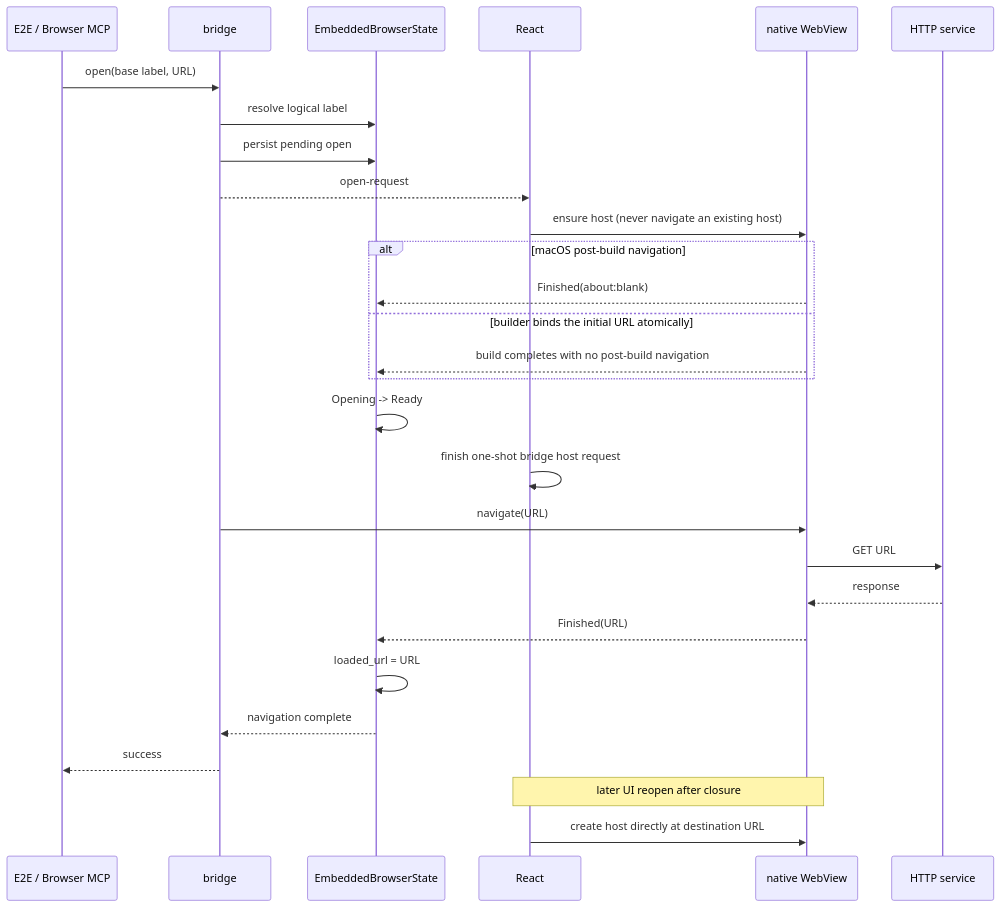
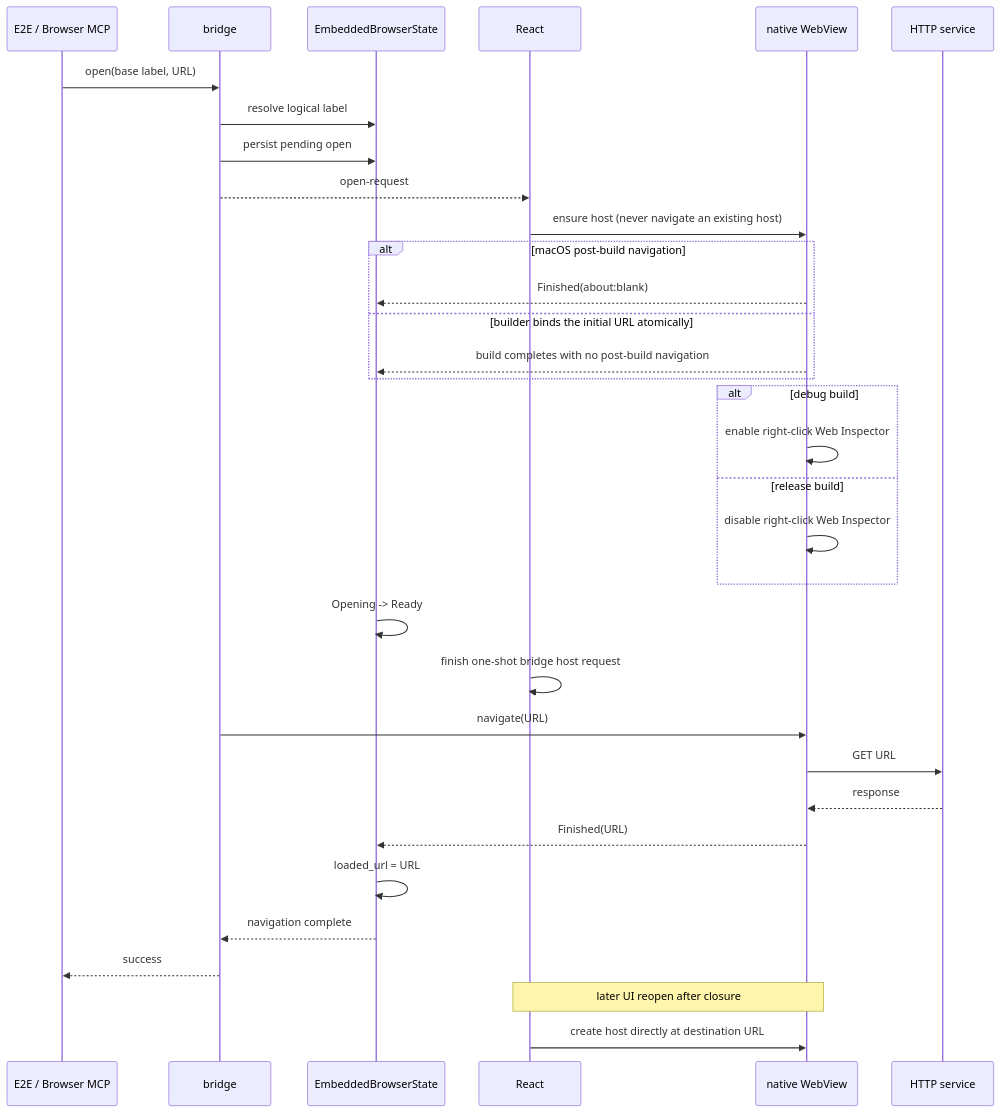
One commit to wecode-ai/Wegent changed the second of 2 diagrams in docs/en/architecture/embedded-browser.md. Above: the diagram before and after it, drawn with Mermaid. The commit also changed other lines of this file and 6 other files, not shown here.

Commit message:
fix(wework): disable embedded browser devtools in release

````diff
--- a/docs/en/architecture/embedded-browser.md
+++ b/docs/en/architecture/embedded-browser.md
@@ -31,32 +33,37 @@
 ```mermaid
 sequenceDiagram
     participant C as E2E / Browser MCP
     participant B as bridge
     participant S as EmbeddedBrowserState
     participant R as React
     participant W as native WebView
     participant H as HTTP service
 
     C->>B: open(base label, URL)
     B->>S: resolve logical label
     B->>S: persist pending open
     B-->>R: open-request
     R->>W: ensure host (never navigate an existing host)
     alt macOS post-build navigation
         W-->>S: Finished(about:blank)
     else builder binds the initial URL atomically
         W-->>S: build completes with no post-build navigation
     end
+    alt debug build
+        W->>W: enable right-click Web Inspector
+    else release build
+        W->>W: disable right-click Web Inspector
+    end
     S->>S: Opening -> Ready
     R->>R: finish one-shot bridge host request
     B->>W: navigate(URL)
     W->>H: GET URL
     H-->>W: response
     W-->>S: Finished(URL)
     S->>S: loaded_url = URL
     S-->>B: navigation complete
     B-->>C: success
 
     Note over R,W: later UI reopen after closure
     R->>W: create host directly at destination URL
 ```
````
